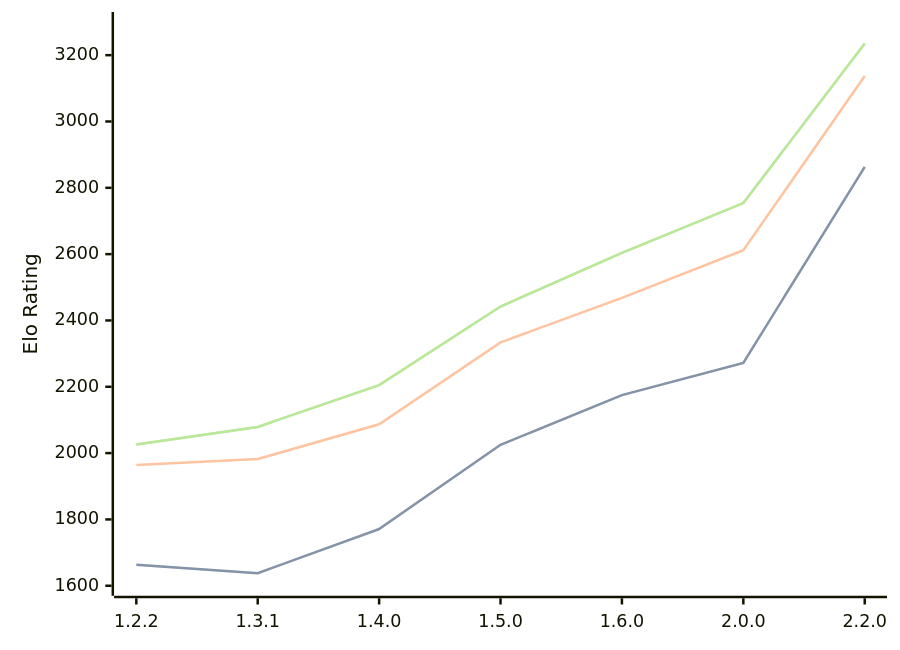
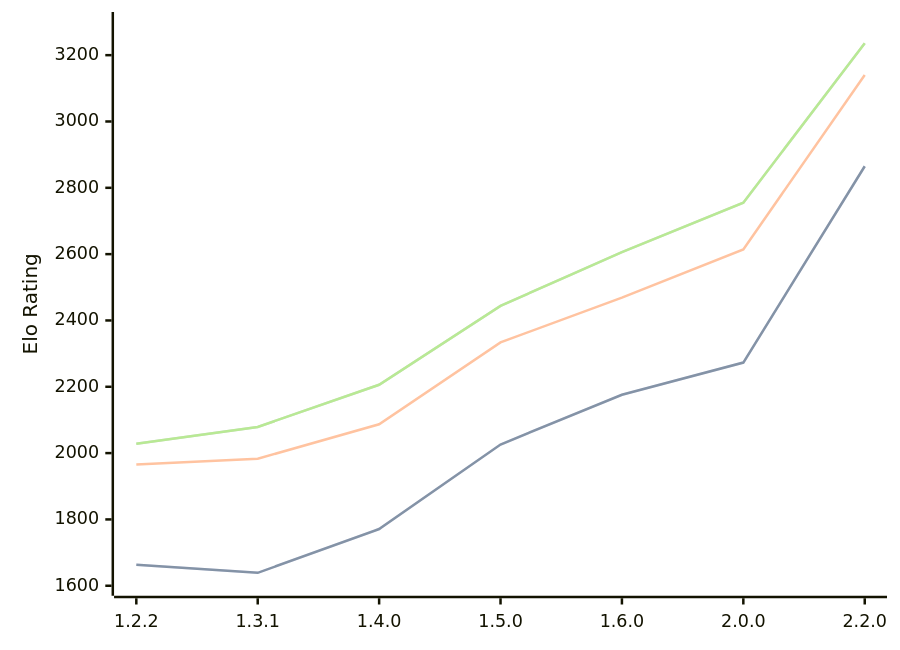
One commit to computer-chess-index/cci changed the diagram in engines/SoloEngine.md. Above: the diagram before and after it, drawn with Mermaid. The commit also changed other lines of this file, not shown here.

Commit message:
Update CCI Ratings (ELO VLTC) - 2026-09-01

````diff
--- a/engines/SoloEngine.md
+++ b/engines/SoloEngine.md
@@ -38,11 +38,11 @@
 ```mermaid
 %%{init: {"theme":"base","themeVariables":{"seriesColors:['#a3a3a3','#222221','#faa371']}}}%%
 xychart-beta
   x-axis ["1.2.2", "1.3.1", "1.4.0", "1.5.0", "1.6.0", "2.0.0", "2.2.0"]
   y-axis "Elo Rating" 1600 --> 3300
-  line "" [1663, 1638, 1771, 2025, 2175, 2272, 2863]
-  line "STC (8.0+0.08s)" [1663, 1638, 1771, 2025, 2175, 2272, 2863]
-  line "LTC (60.0+0.60s)" [1964, 1982, 2087, 2334, 2468, 2612, 3137]
-  line "" [2026, 2079, 2205, 2442, 2604, 2754, 3235]
-  line "VLTC (2m24s+1.12s)" [2026, 2079, 2205, 2442, 2604, 2754, 3235]
+  line "" [1663, 1639, 1771, 2026, 2176, 2273, 2865]
+  line "STC (8.0+0.08s)" [1663, 1639, 1771, 2026, 2176, 2273, 2865]
+  line "LTC (60.0+0.60s)" [1966, 1983, 2087, 2334, 2469, 2614, 3140]
+  line "" [2028, 2079, 2206, 2444, 2606, 2755, 3236]
+  line "VLTC (2m24s+1.12s)" [2028, 2079, 2206, 2444, 2606, 2755, 3236]
 ```
````
